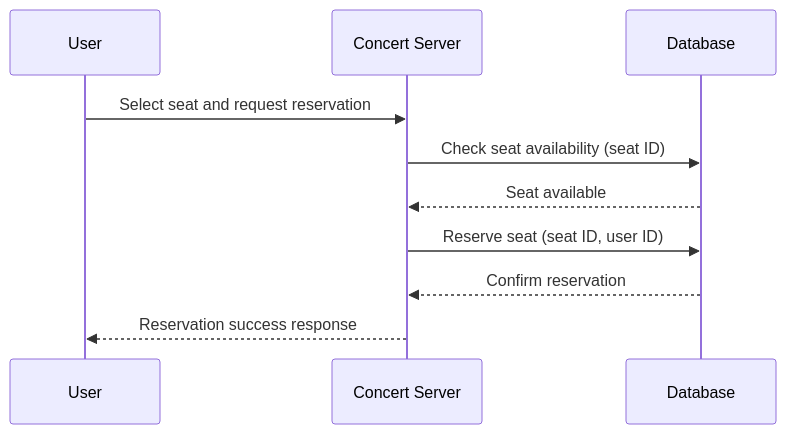
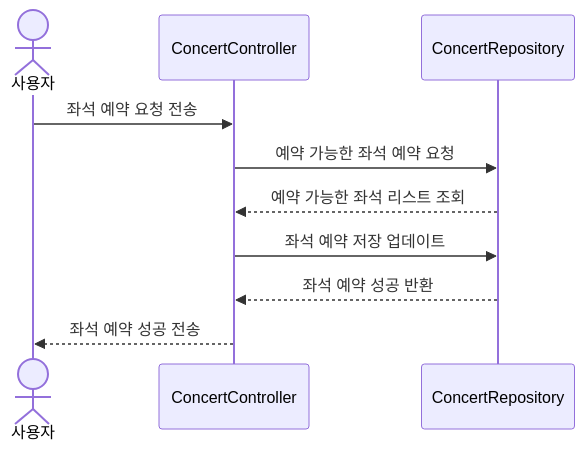
Before and after one commit to danykim57/concert: the fourth of 6 diagrams in README.md, drawn with Mermaid. The commit also changed other lines of this file, not shown here.

````diff
--- a/README.md
+++ b/README.md
@@ -127,13 +121,13 @@
 ```mermaid
 sequenceDiagram
-    participant User as User
-    participant Server as Concert Server
-    participant DB as Database
+    actor User as 사용자
+    participant Server as ConcertController
+    participant DB as ConcertRepository
     
-    User->>Server: Select seat and request reservation
-    Server->>DB: Check seat availability (seat ID)
-    DB-->>Server: Seat available
-    Server->>DB: Reserve seat (seat ID, user ID)
-    DB-->>Server: Confirm reservation
-    Server-->>User: Reservation success response
+    User->>Server: 좌석 예약 요청 전송
+    Server->>DB: 예약 가능한 좌석 예약 요청 
+    DB-->>Server: 예약 가능한 좌석 리스트 조회
+    Server->>DB: 좌석 예약 저장 업데이트
+    DB-->>Server: 좌석 예약 성공 반환
+    Server-->>User: 좌석 예약 성공 전송
 ```
````
